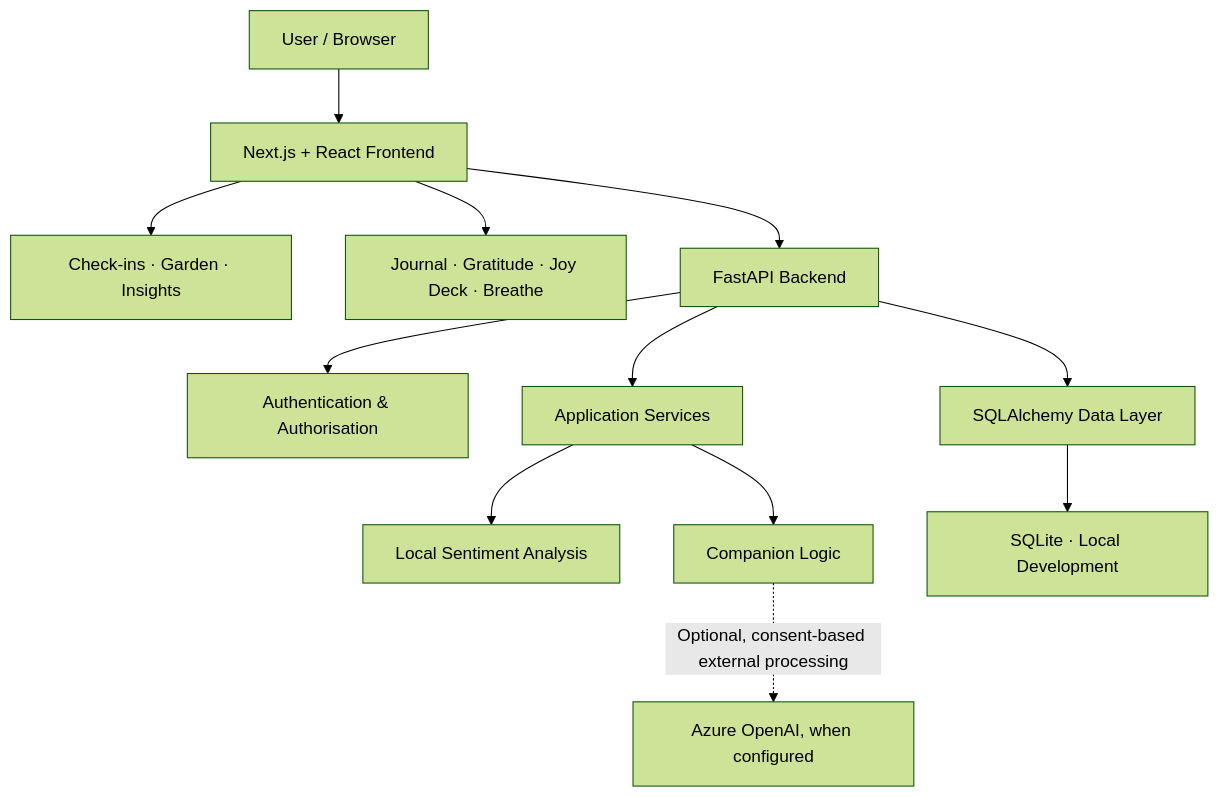
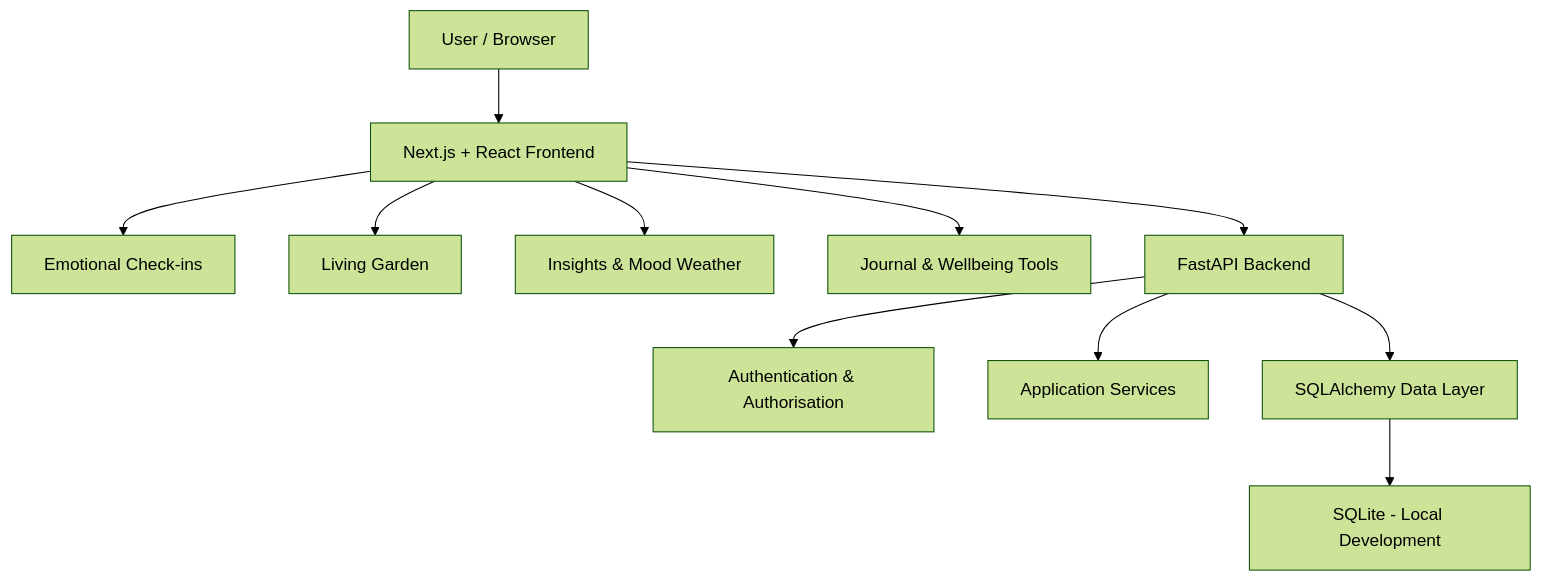
The first of 2 diagrams in README.md (n0tify/mindsy-mental-health-check-in-agent), drawn with Mermaid (forest theme) before and after one commit. The commit also changed other lines of this file, not shown here.

````diff
--- a/README.md
+++ b/README.md
@@ -242,19 +213,19 @@
 ```mermaid
 flowchart TD
-    U["User / Browser"] --> FE["Next.js + React Frontend"]
+    USER["User / Browser"]
 
-    FE --> UI["Check-ins · Garden · Insights"]
-    FE --> TOOLS["Journal · Gratitude · Joy Deck · Breathe"]
-    FE --> API["FastAPI Backend"]
+    USER --> FRONTEND["Next.js + React Frontend"]
+
+    FRONTEND --> CHECKIN["Emotional Check-ins"]
+    FRONTEND --> GARDEN["Living Garden"]
+    FRONTEND --> INSIGHTS["Insights & Mood Weather"]
+    FRONTEND --> JOURNAL["Journal & Wellbeing Tools"]
+
+    FRONTEND --> API["FastAPI Backend"]
 
     API --> AUTH["Authentication & Authorisation"]
-    API --> SERVICES["Application Services"]
-    API --> DB["SQLAlchemy Data Layer"]
+    API --> LOGIC["Application Services"]
+    API --> DATA["SQLAlchemy Data Layer"]
 
-    SERVICES --> SENT["Local Sentiment Analysis"]
-    SERVICES --> COMP["Companion Logic"]
-
-    COMP -. "Optional, consent-based external processing" .-> AI["Azure OpenAI, when configured"]
-
-    DB --> SQLITE["SQLite · Local Development"]
+    DATA --> SQLITE["SQLite - Local Development"]
 ```
````
